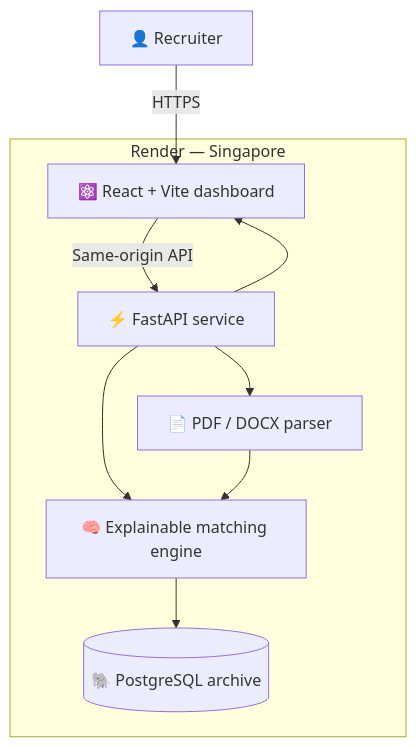
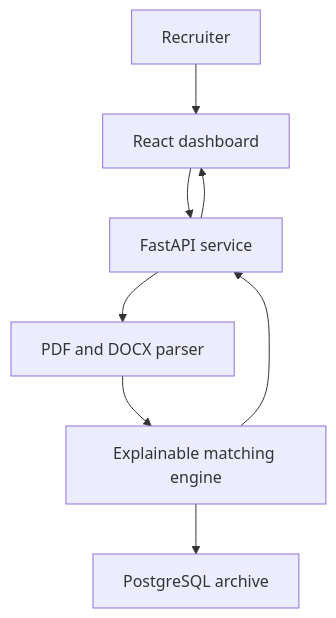
The second of 2 diagrams in README.md (rachit1807/resume-ranking-system), drawn with Mermaid before and after one commit. The commit also changed other lines of this file, not shown here.

Commit message:
Fix README diagram rendering

````diff
--- a/README.md
+++ b/README.md
@@ -86,18 +83,10 @@
-~~~mermaid
-flowchart TB
-    U[👤 Recruiter] -->|HTTPS| UI[⚛️ React + Vite dashboard]
-    UI -->|Same-origin API| API[⚡ FastAPI service]
-    API --> PARSER[📄 PDF / DOCX parser]
-    API --> MATCHER[🧠 Explainable matching engine]
-    PARSER --> MATCHER
-    MATCHER --> DB[(🐘 PostgreSQL archive)]
-    API --> UI
-
-    subgraph deployment[Render — Singapore]
-        UI
-        API
-        PARSER
-        MATCHER
-        DB
-    end
-~~~
+```mermaid
+graph TD
+    A["Recruiter"] --> B["React dashboard"]
+    B --> C["FastAPI service"]
+    C --> D["PDF and DOCX parser"]
+    D --> E["Explainable matching engine"]
+    E --> F["PostgreSQL archive"]
+    E --> C
+    C --> B
+```
````
